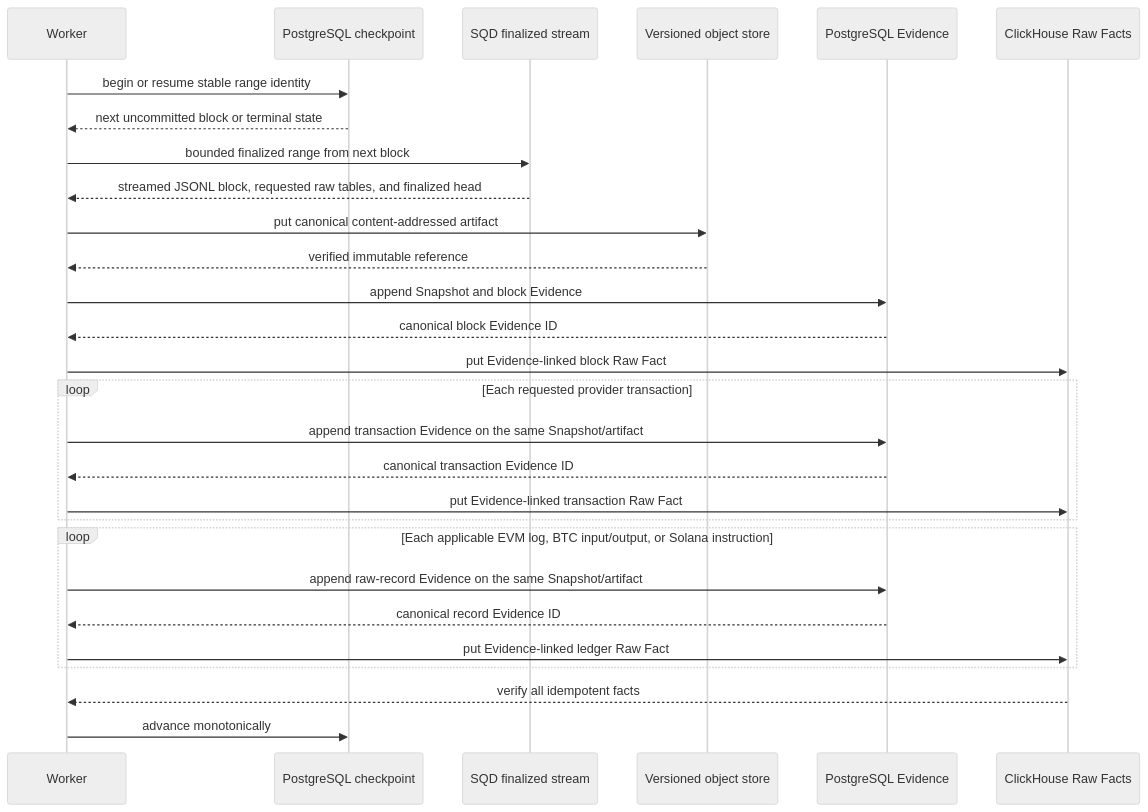
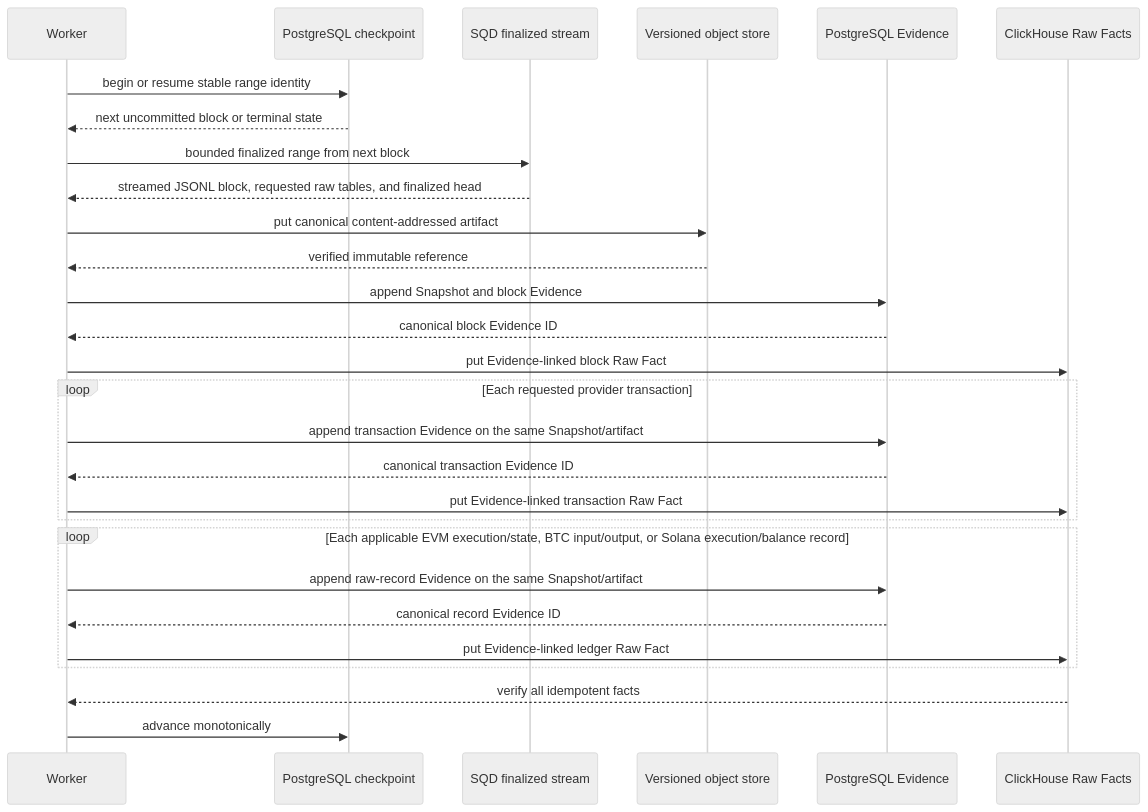
The third of 3 diagrams in docs/architecture/ARCHITECTURE.md (greywolf8888/ZeroTrace), drawn with Mermaid (neutral theme) before and after one commit. The commit also changed other lines of this file and 31 other files, not shown here.

````diff
--- a/docs/architecture/ARCHITECTURE.md
+++ b/docs/architecture/ARCHITECTURE.md
@@ -208,31 +209,31 @@
 ```mermaid
 sequenceDiagram
   participant Worker
   participant Checkpoint as PostgreSQL checkpoint
   participant SQD as SQD finalized stream
   participant Object as Versioned object store
   participant Evidence as PostgreSQL Evidence
   participant Facts as ClickHouse Raw Facts
 
   Worker->>Checkpoint: begin or resume stable range identity
   Checkpoint-->>Worker: next uncommitted block or terminal state
   Worker->>SQD: bounded finalized range from next block
   SQD-->>Worker: streamed JSONL block, requested raw tables, and finalized head
   Worker->>Object: put canonical content-addressed artifact
   Object-->>Worker: verified immutable reference
   Worker->>Evidence: append Snapshot and block Evidence
   Evidence-->>Worker: canonical block Evidence ID
   Worker->>Facts: put Evidence-linked block Raw Fact
   loop Each requested provider transaction
     Worker->>Evidence: append transaction Evidence on the same Snapshot/artifact
     Evidence-->>Worker: canonical transaction Evidence ID
     Worker->>Facts: put Evidence-linked transaction Raw Fact
   end
-  loop Each applicable EVM log, BTC input/output, or Solana instruction
+  loop Each applicable EVM execution/state, BTC input/output, or Solana execution/balance record
     Worker->>Evidence: append raw-record Evidence on the same Snapshot/artifact
     Evidence-->>Worker: canonical record Evidence ID
     Worker->>Facts: put Evidence-linked ledger Raw Fact
   end
   Facts-->>Worker: verify all idempotent facts
   Worker->>Checkpoint: advance monotonically
 ```
````
